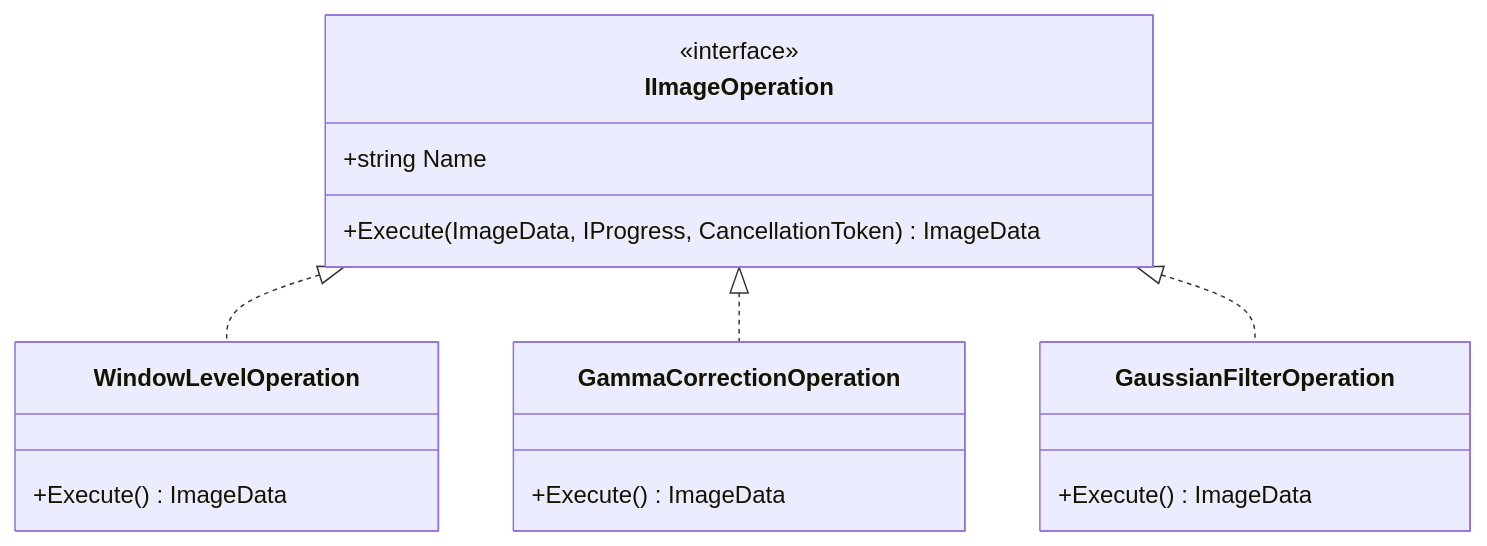
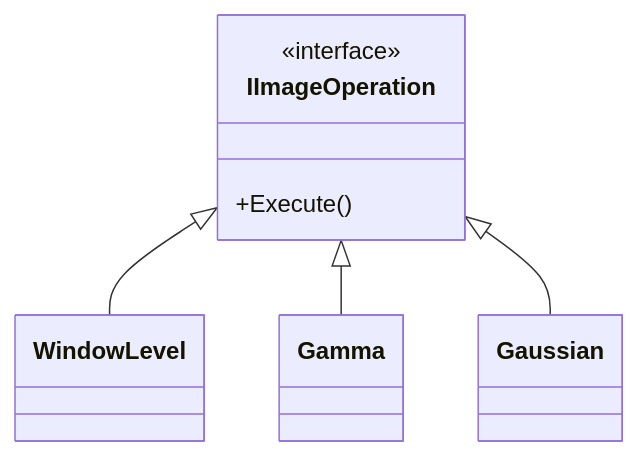
The fourth of 10 diagrams in ARCHITECTURE.md (Anoopa-kedila/ImageReviewer), drawn with Mermaid before and after one commit. The commit also changed other lines of this file, not shown here.

First line of the commit message:
Simplify diagrams to look more human-made

````diff
--- a/ARCHITECTURE.md
+++ b/ARCHITECTURE.md
@@ -151,24 +127,15 @@
 ```mermaid
 classDiagram
     class IImageOperation {
         <<interface>>
-        +string Name
-        +Execute(ImageData, IProgress, CancellationToken) ImageData
+        +Execute()
     }
 
-    class WindowLevelOperation {
-        +Execute() ImageData
-    }
+    class WindowLevel
+    class Gamma
+    class Gaussian
 
-    class GammaCorrectionOperation {
-        +Execute() ImageData
-    }
-
-    class GaussianFilterOperation {
-        +Execute() ImageData
-    }
-
-    IImageOperation <|.. WindowLevelOperation
-    IImageOperation <|.. GammaCorrectionOperation
-    IImageOperation <|.. GaussianFilterOperation
+    IImageOperation <|-- WindowLevel
+    IImageOperation <|-- Gamma
+    IImageOperation <|-- Gaussian
 ```
````
